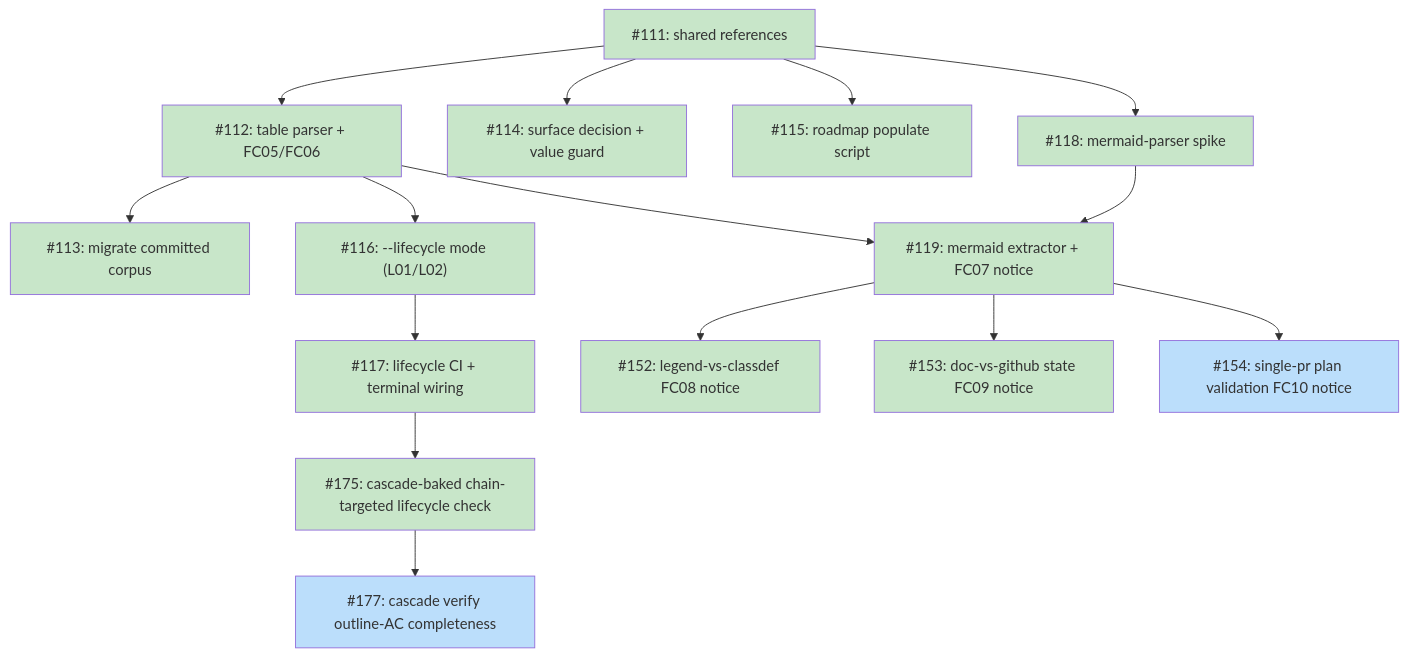
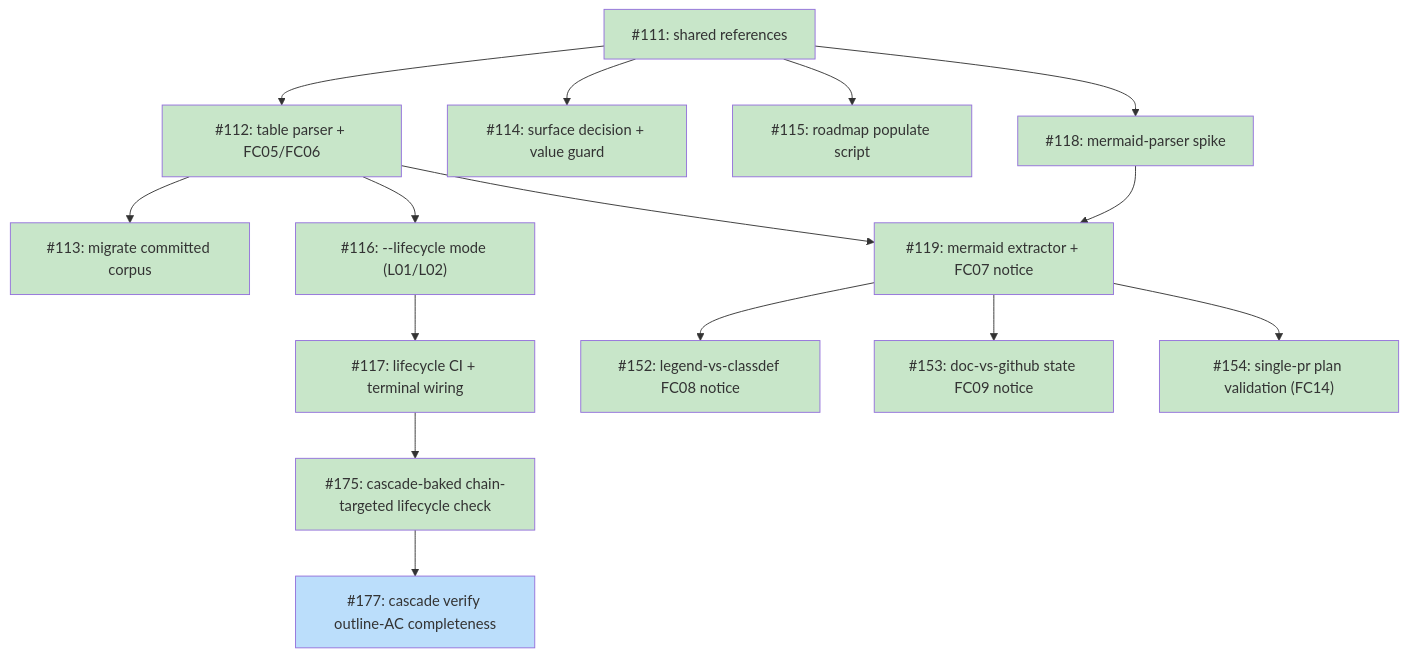
The diagram in docs/plans/PLAN-roadmap-plan-standardization.md (tsukumogami/shirabe), drawn with Mermaid before and after one commit. The commit also changed other lines of this file, not shown here.

Commit message:
docs(plan): strikethrough #154 row in parent PLAN after FC14 merge
Bookkeeping after PR #181 merged: strikethrough the #154 row and its
italic description, recompute the mermaid class assignment to move I154
from `ready` to `done`, and update the I154 node label to reflect the
shipped code (FC14, not FC10 -- the FC10 slot is owned by the
writing-style banned-word check and FC10-FC13 were all claimed when this
work landed).

The italic description retains the FC14 callout so future readers see
why the issue title says "fc10" but the implementation code is FC14.

Milestone roadmap-plan-standardization: 13 of 14 closed; only #177
(cascade verify outline-AC completeness) remains open.

````diff
--- a/docs/plans/PLAN-roadmap-plan-standardization.md
+++ b/docs/plans/PLAN-roadmap-plan-standardization.md
@@ -97,45 +97,45 @@
 ```mermaid
 graph TD
     I111["#111: shared references"]
     I112["#112: table parser + FC05/FC06"]
     I113["#113: migrate committed corpus"]
     I114["#114: surface decision + value guard"]
     I115["#115: roadmap populate script"]
     I116["#116: --lifecycle mode (L01/L02)"]
     I117["#117: lifecycle CI + terminal wiring"]
     I118["#118: mermaid-parser spike"]
     I119["#119: mermaid extractor + FC07 notice"]
     I152["#152: legend-vs-classdef FC08 notice"]
     I153["#153: doc-vs-github state FC09 notice"]
-    I154["#154: single-pr plan validation FC10 notice"]
+    I154["#154: single-pr plan validation (FC14)"]
     I175["#175: cascade-baked chain-targeted lifecycle check"]
     I177["#177: cascade verify outline-AC completeness"]
 
     I111 --> I112
     I111 --> I114
     I111 --> I115
     I111 --> I118
     I112 --> I113
     I112 --> I116
     I112 --> I119
     I116 --> I117
     I117 --> I175
     I118 --> I119
     I119 --> I152
     I119 --> I153
     I119 --> I154
     I175 --> I177
 
     classDef done fill:#c8e6c9
     classDef ready fill:#bbdefb
     classDef blocked fill:#fff9c4
     classDef needsDesign fill:#e1bee7
     classDef needsPrd fill:#b3e5fc
     classDef needsSpike fill:#ffcdd2
     classDef needsDecision fill:#d1c4e9
     classDef tracksDesign fill:#FFE0B2,stroke:#F57C00,color:#000
     classDef tracksPlan fill:#FFE0B2,stroke:#F57C00,color:#000
 
-    class I111,I112,I113,I114,I115,I116,I117,I118,I119,I152,I153,I175 done
-    class I154,I177 ready
+    class I111,I112,I113,I114,I115,I116,I117,I118,I119,I152,I153,I154,I175 done
+    class I177 ready
 ```
````
